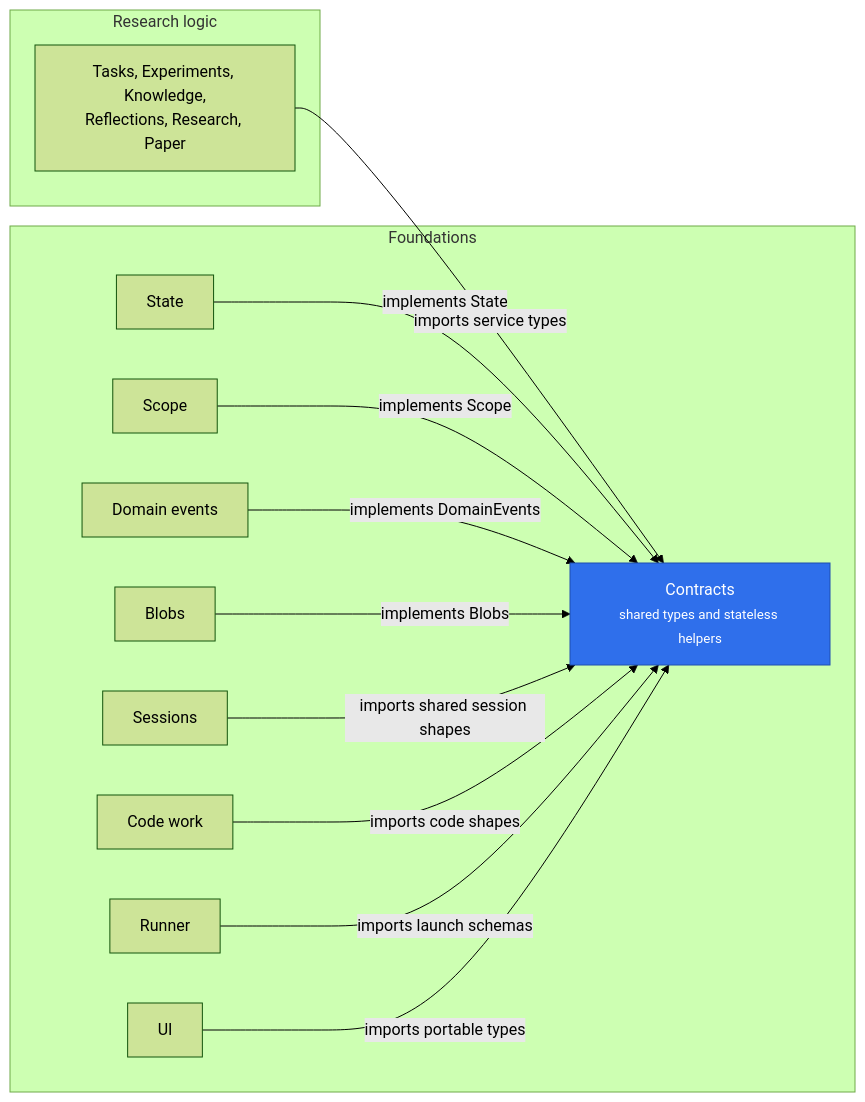
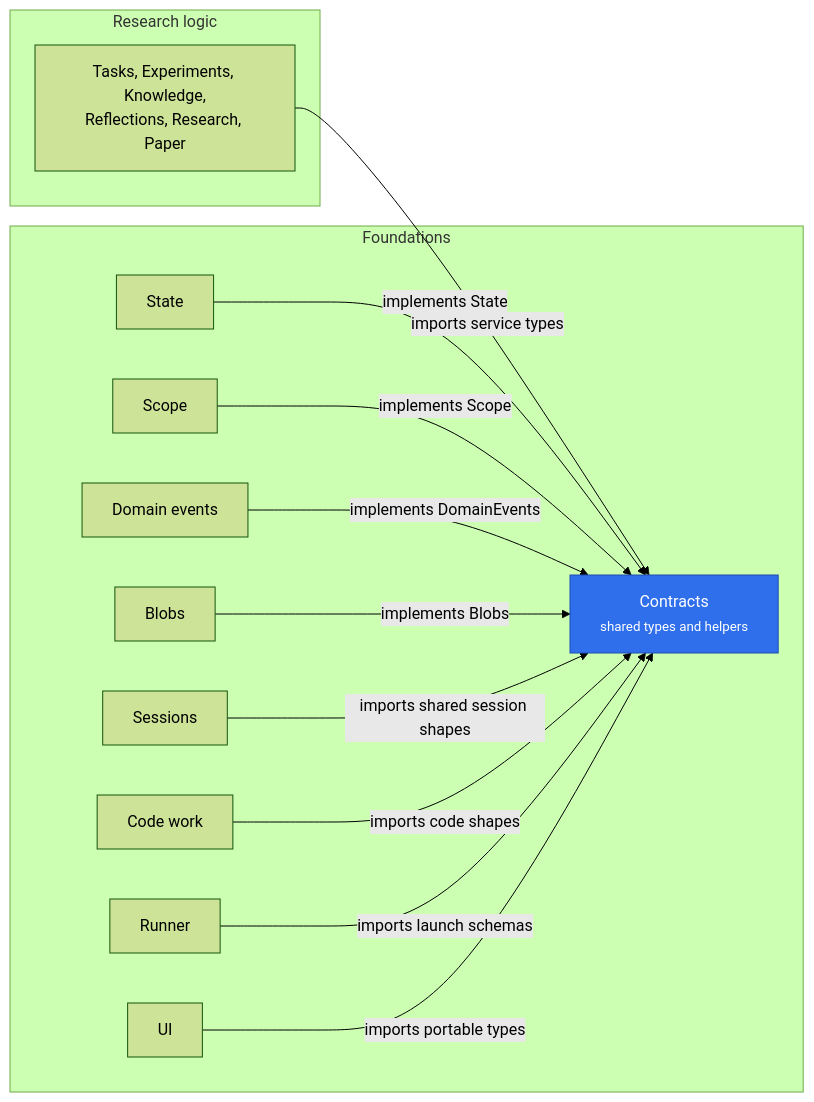
The diagram in merv-typescript/packages/contracts/README.md (rapidreview-io/Merv), drawn with Mermaid (forest theme) before and after one commit. The commit also changed other lines of this file, not shown here.

First line of the commit message:
Make the contracts README describe what contracts holds

````diff
--- a/merv-typescript/packages/contracts/README.md
+++ b/merv-typescript/packages/contracts/README.md
@@ -9,27 +21,27 @@
 ```mermaid
 flowchart LR
   subgraph foundationsLayer["Foundations"]
-    contracts["Contracts<br/><small>shared types and stateless helpers</small>"]:::self
+    contracts["Contracts<br/><small>shared types and helpers</small>"]:::self
     state["State"]
     scope["Scope"]
     domainEvents["Domain events"]
     blobs["Blobs"]
     sessions["Sessions"]
     codeWork["Code work"]
     runner["Runner"]
     ui["UI"]
   end
   subgraph researchLayer["Research logic"]
     researchLogic["Tasks, Experiments, Knowledge,<br/>Reflections, Research, Paper"]
   end
   state -- "implements State" --> contracts
   scope -- "implements Scope" --> contracts
   domainEvents -- "implements DomainEvents" --> contracts
   blobs -- "implements Blobs" --> contracts
   researchLogic -- "imports service types" --> contracts
   sessions -- "imports shared session shapes" --> contracts
   codeWork -- "imports code shapes" --> contracts
   runner -- "imports launch schemas" --> contracts
   ui -- "imports portable types" --> contracts
   classDef self fill:#2f6feb,color:#fff,stroke:#1f4fb0
 ```
````
